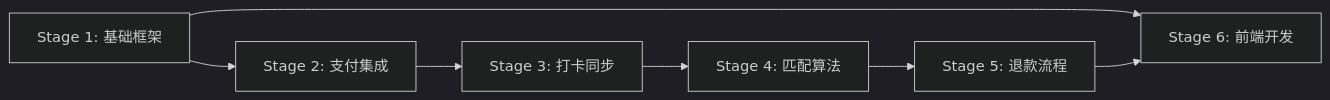
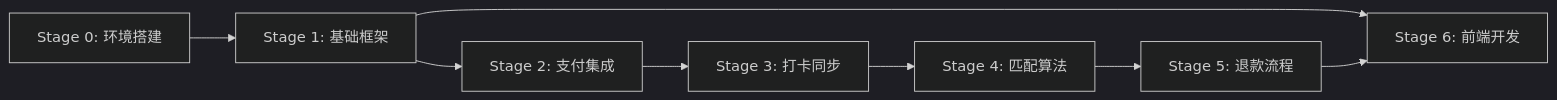
Diagram 55 of 55 in docs/v1/技术方案.md (yiancode/AutoDepositRefundAgent), drawn with Mermaid (dark theme) before and after one commit. The commit also changed other lines of this file and 11 other files, not shown here.

````diff
--- a/docs/v1/技术方案.md
+++ b/docs/v1/技术方案.md
@@ -3956,9 +3973,10 @@
 ```mermaid
 graph LR
-    S1[Stage 1: 基础框架] --> S2[Stage 2: 支付集成]
+    S0[Stage 0: 环境搭建] --> S1[Stage 1: 基础框架]
+    S1 --> S2[Stage 2: 支付集成]
     S2 --> S3[Stage 3: 打卡同步]
     S3 --> S4[Stage 4: 匹配算法]
     S4 --> S5[Stage 5: 退款流程]
     S1 --> S6[Stage 6: 前端开发]
     S5 --> S6
 ```
````
